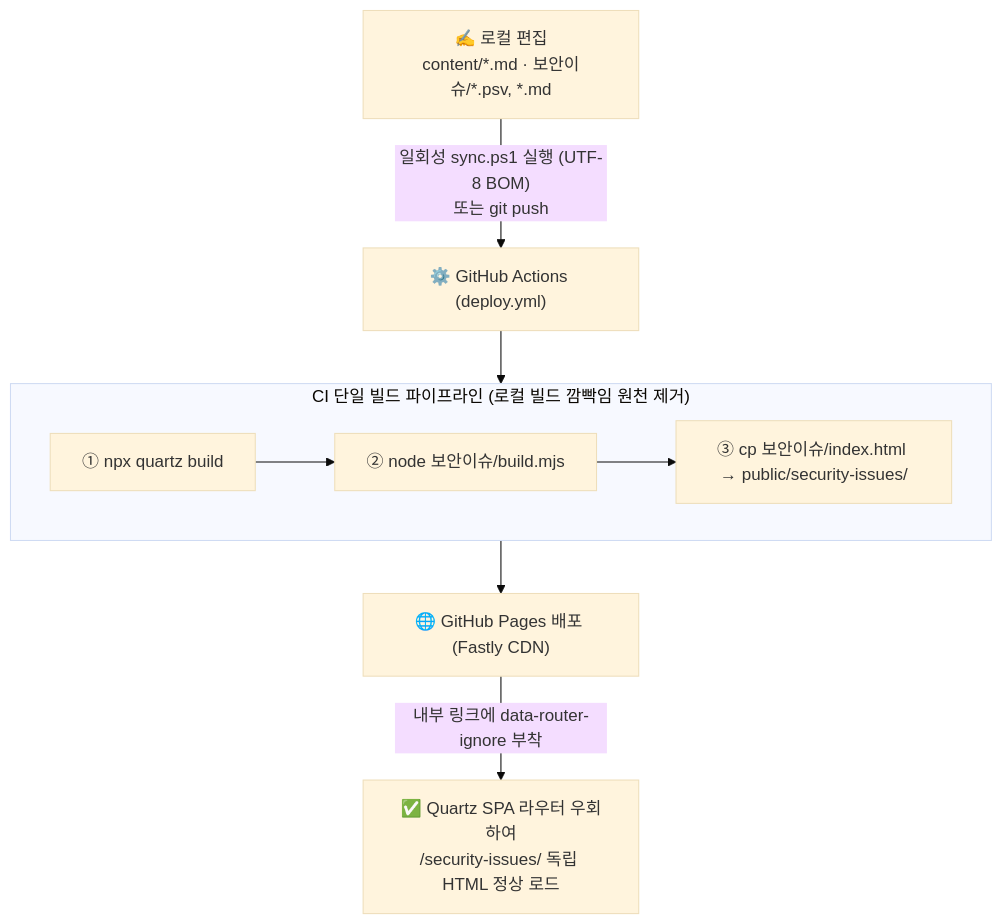
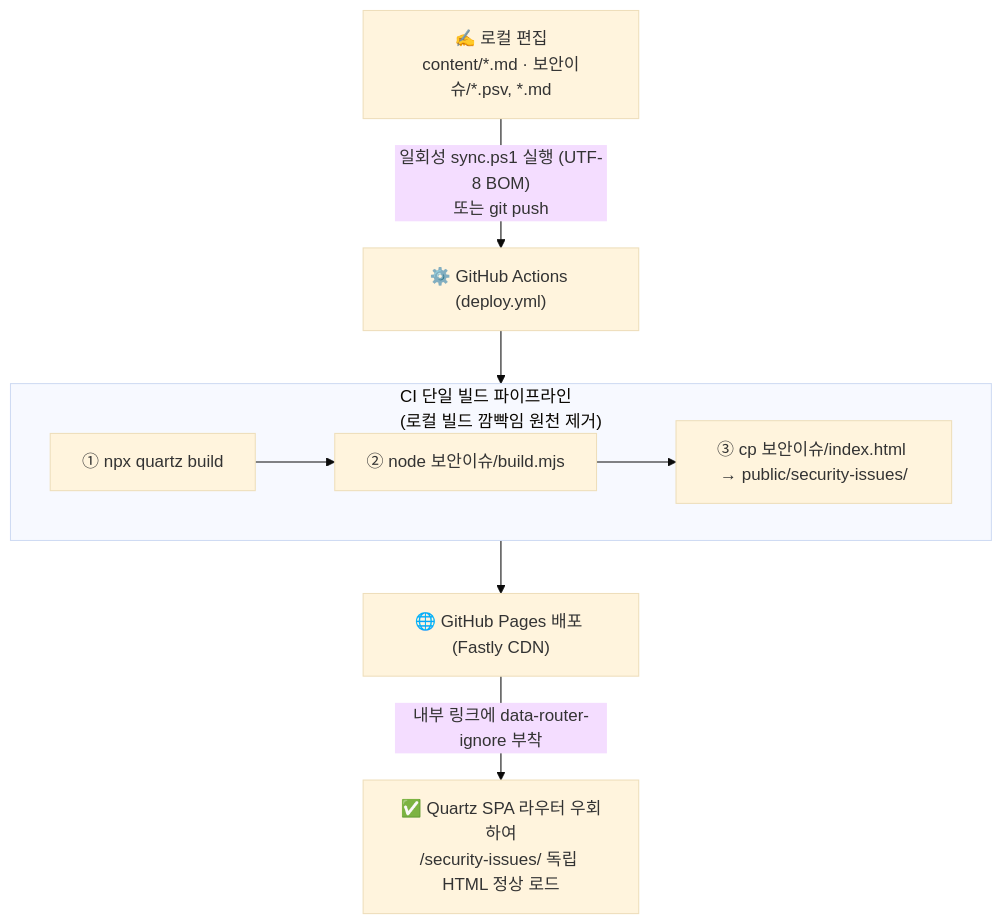
Before and after one commit to gooyong-sec/gooyong-sec.github.io: the diagram in content/도구/블로그 인프라 자동화 — Quartz, GitHub Actions, 로컬 빌드 깜빡임 없애기.md, drawn with Mermaid (base theme). The commit also changed 17 other files, not shown here.

````diff
--- a/content/도구/블로그 인프라 자동화 — Quartz, GitHub Actions, 로컬 빌드 깜빡임 없애기.md
+++ b/content/도구/블로그 인프라 자동화 — Quartz, GitHub Actions, 로컬 빌드 깜빡임 없애기.md
@@ -19,10 +19,11 @@
 ```mermaid
 flowchart TD
     Edit["✍️ 로컬 편집<br/>content/*.md · 보안이슈/*.psv, *.md"] -->|"일회성 sync.ps1 실행 (UTF-8 BOM)<br/>또는 git push"| CI["⚙️ GitHub Actions (deploy.yml)"]
-    subgraph CIPipeline["CI 단일 빌드 파이프라인 (로컬 빌드 깜빡임 원천 제거)"]
+    subgraph CIPipeline["CI 단일 빌드 파이프라인<br/>(로컬 빌드 깜빡임 원천 제거)"]
+        direction LR
         Q["① npx quartz build"] --> B["② node 보안이슈/build.mjs"]
         B --> C["③ cp 보안이슈/index.html → public/security-issues/"]
     end
     CI --> CIPipeline --> Pages["🌐 GitHub Pages 배포 (Fastly CDN)"]
     Pages -->|"내부 링크에 data-router-ignore 부착"| SPA["✅ Quartz SPA 라우터 우회하여<br/>/security-issues/ 독립 HTML 정상 로드"]
 ```
````
